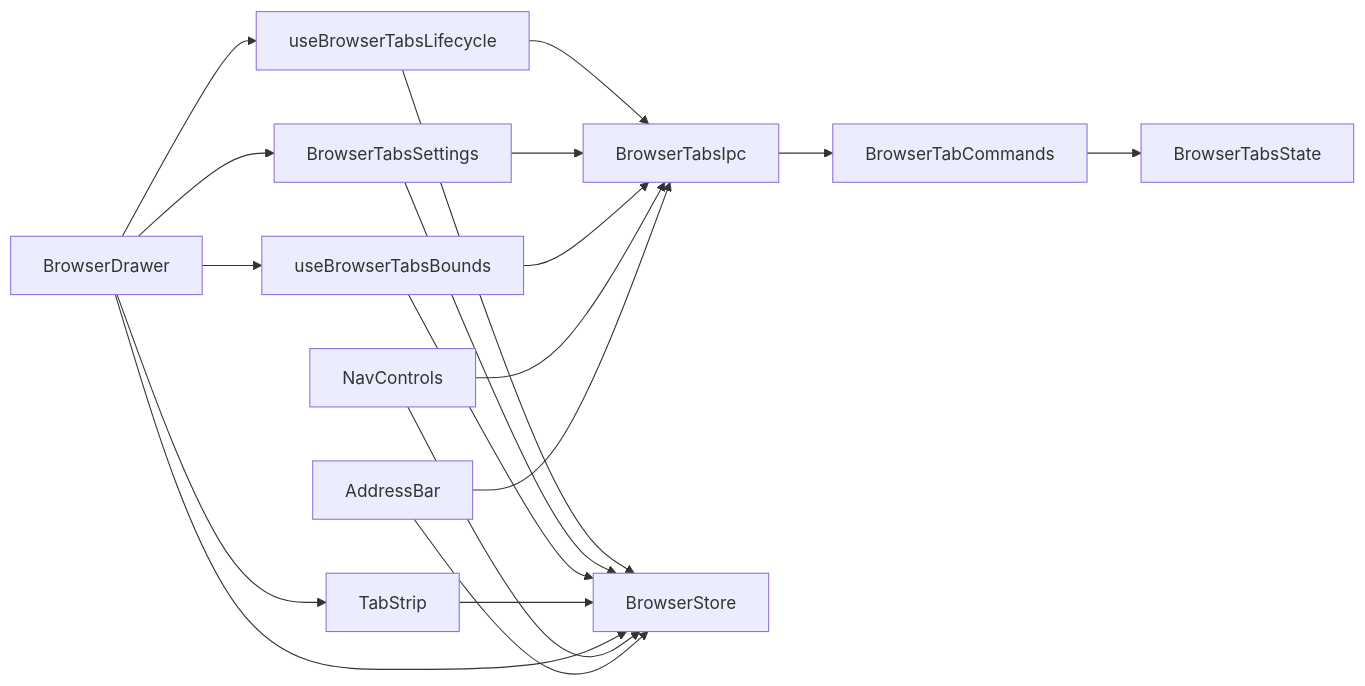
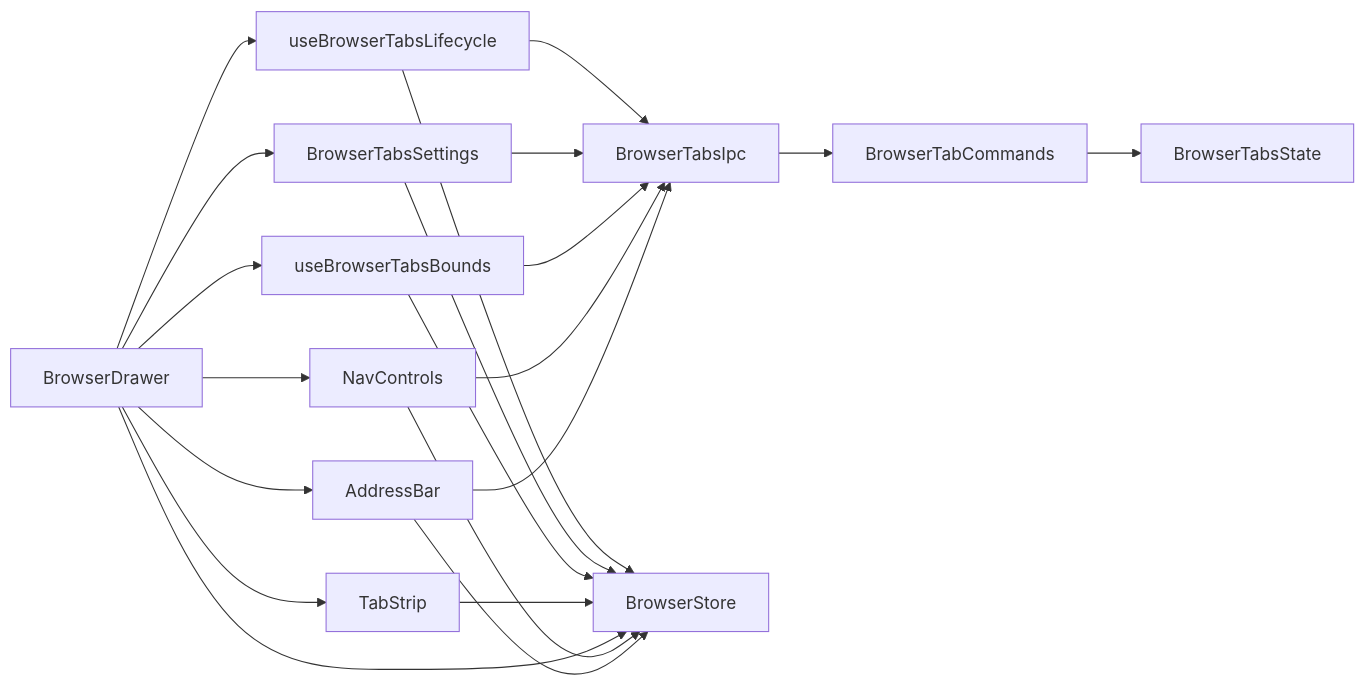
The diagram in plan.mmd (yes506/canvas-terminal), drawn with Mermaid before and after one commit. The commit also changed 1 other file, not shown here.

```diff
--- a/plan.mmd
+++ b/plan.mmd
@@ -1,30 +1,32 @@
 graph LR
   BrowserTabsState["BrowserTabsState"]
   BrowserTabCommands["BrowserTabCommands"]
   BrowserTabsIpc["BrowserTabsIpc"]
   BrowserStore["BrowserStore"]
   useBrowserTabsLifecycle["useBrowserTabsLifecycle"]
   BrowserTabsSettings["BrowserTabsSettings"]
   useBrowserTabsBounds["useBrowserTabsBounds"]
   TabStrip["TabStrip"]
   BrowserDrawer["BrowserDrawer"]
   NavControls["NavControls"]
   AddressBar["AddressBar"]
   BrowserTabCommands --> BrowserTabsState
   BrowserTabsIpc --> BrowserTabCommands
   useBrowserTabsLifecycle --> BrowserTabsIpc
   useBrowserTabsLifecycle --> BrowserStore
   BrowserTabsSettings --> BrowserStore
   BrowserTabsSettings --> BrowserTabsIpc
   useBrowserTabsBounds --> BrowserTabsIpc
   useBrowserTabsBounds --> BrowserStore
   TabStrip --> BrowserStore
   BrowserDrawer --> BrowserStore
   BrowserDrawer --> TabStrip
   BrowserDrawer --> useBrowserTabsLifecycle
   BrowserDrawer --> useBrowserTabsBounds
   BrowserDrawer --> BrowserTabsSettings
+  BrowserDrawer --> NavControls
+  BrowserDrawer --> AddressBar
   NavControls --> BrowserTabsIpc
   NavControls --> BrowserStore
   AddressBar --> BrowserTabsIpc
   AddressBar --> BrowserStore
```
